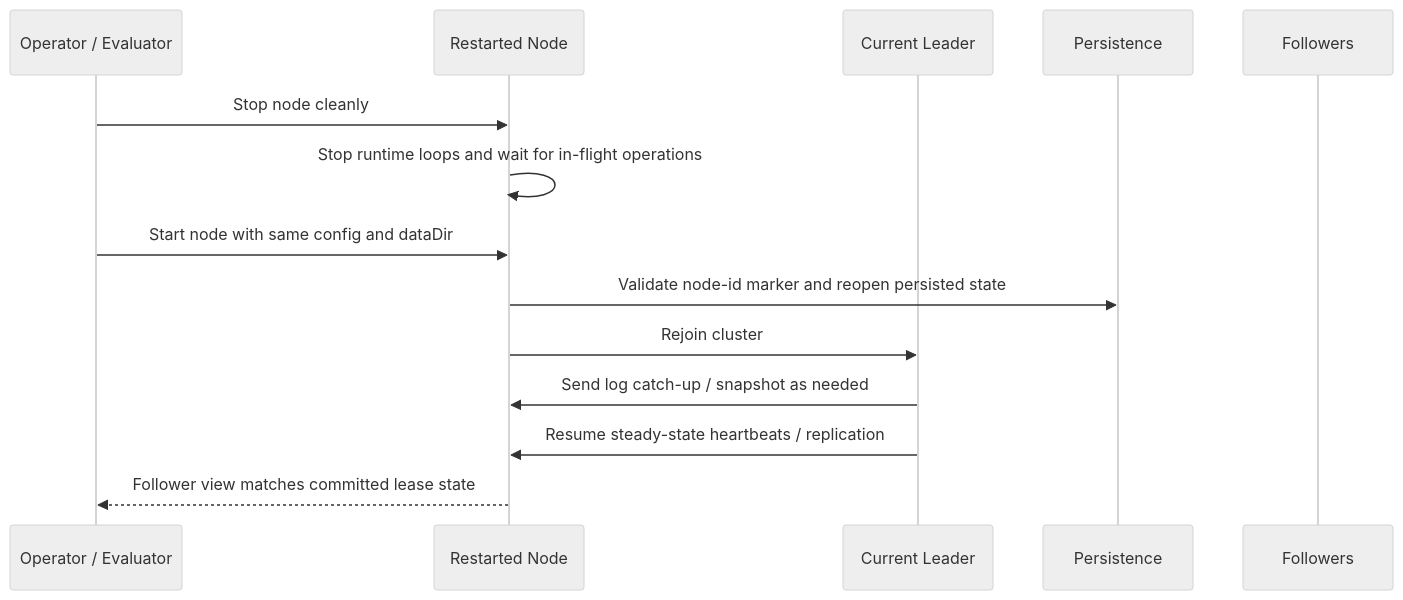
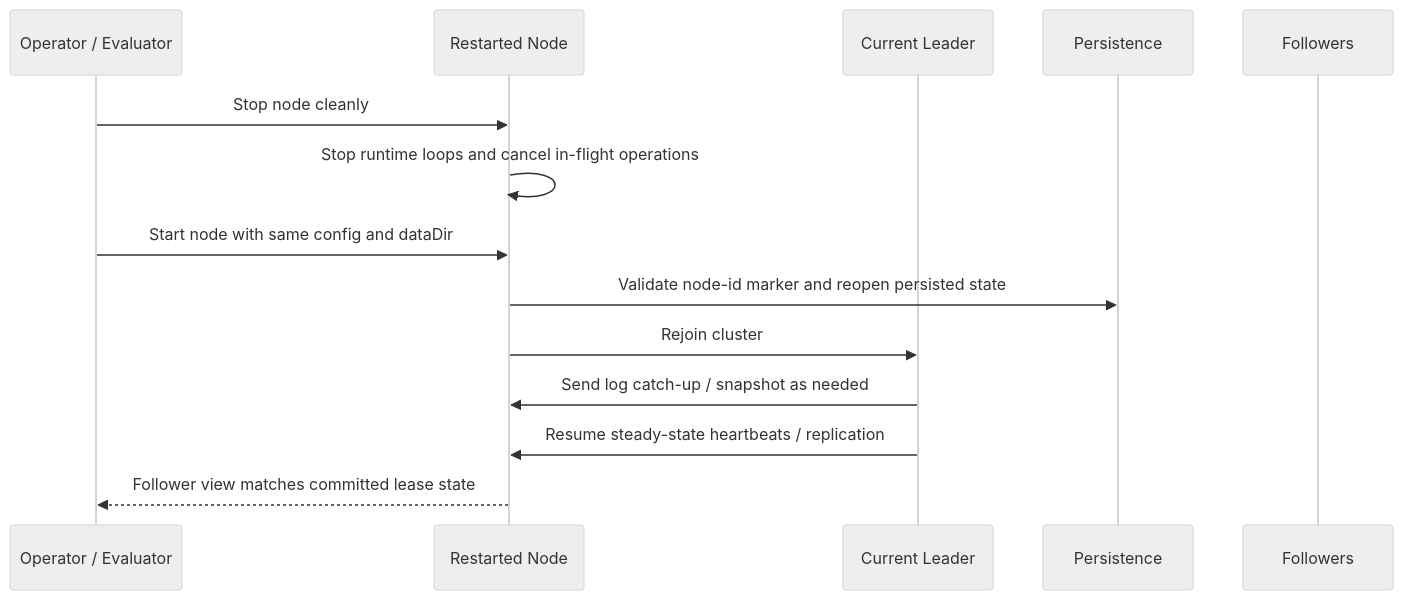
Before and after one commit to richrobertson/tenure: the tenth of 12 diagrams in docs/diagrams/request-flow.md, drawn with Mermaid (neutral theme). The commit also changed other lines of this file, not shown here.

Commit message:
Align diagrams with renew and failure paths

````diff
--- a/docs/diagrams/request-flow.md
+++ b/docs/diagrams/request-flow.md
@@ -172,17 +172,17 @@
 ```mermaid
 sequenceDiagram
     participant O as Operator / Evaluator
     participant N as Restarted Node
     participant L as Current Leader
     participant P as Persistence
     participant F as Followers
 
     O->>N: Stop node cleanly
-    N->>N: Stop runtime loops and wait for in-flight operations
+    N->>N: Stop runtime loops and cancel in-flight operations
     O->>N: Start node with same config and dataDir
     N->>P: Validate node-id marker and reopen persisted state
     N->>L: Rejoin cluster
     L->>N: Send log catch-up / snapshot as needed
     L->>N: Resume steady-state heartbeats / replication
     N-->>O: Follower view matches committed lease state
 ```
````
